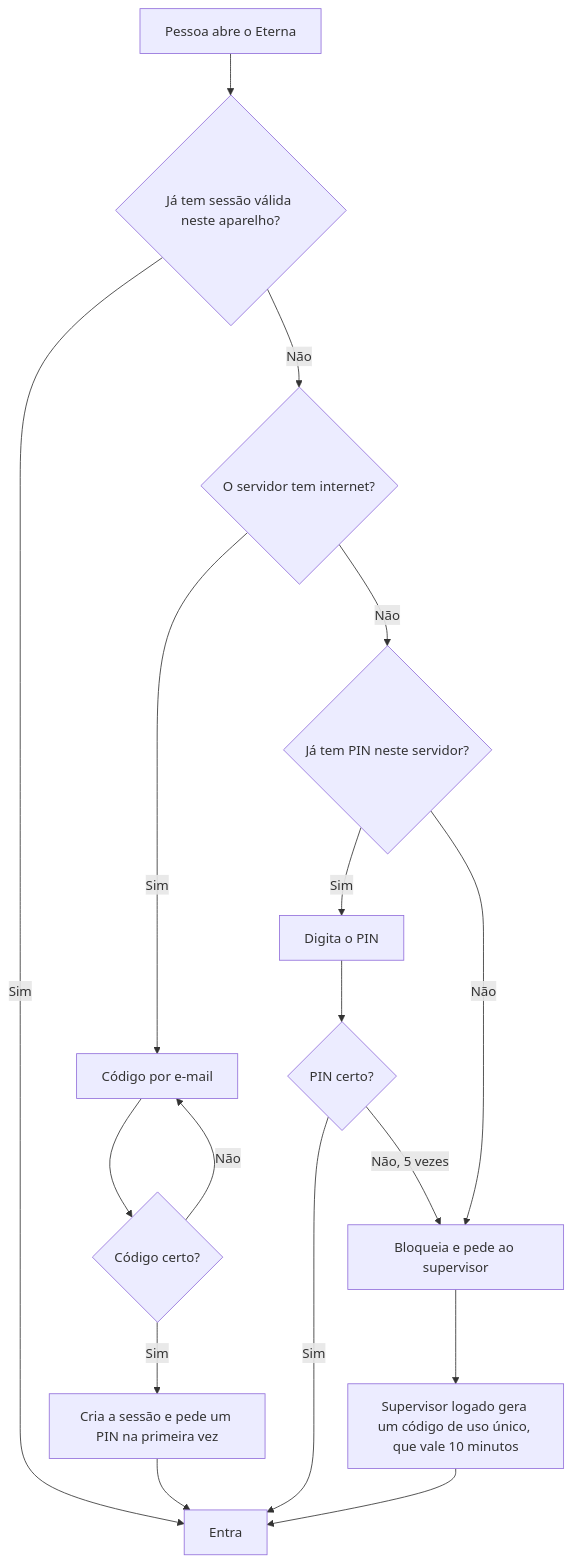
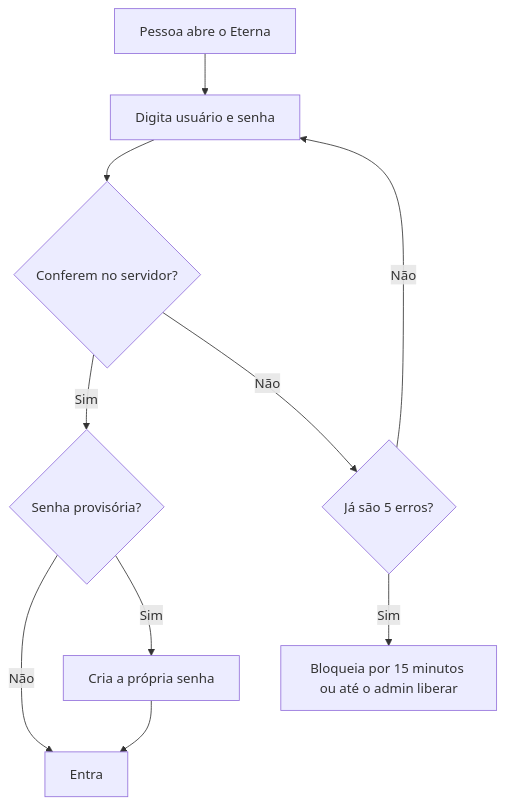
One commit to dudurezende10/eterna changed the first of 2 diagrams in docs/planos/2026-11-04-login-real-e-dominio.md. Above: the diagram before and after it, drawn with Mermaid. The commit also changed other lines of this file, not shown here.

Commit message:
Plano do login: usuário e senha no servidor, cadastro pelo admin e e-mail só para recuperação

````diff
--- a/docs/planos/2026-11-04-login-real-e-dominio.md
+++ b/docs/planos/2026-11-04-login-real-e-dominio.md
@@ -69,19 +58,12 @@
 ```mermaid
 flowchart TD
-    A["Pessoa abre o Eterna"] --> B{"Já tem sessão válida neste aparelho?"}
-    B -->|"Sim"| C["Entra"]
-    B -->|"Não"| D{"O servidor tem internet?"}
-    D -->|"Sim"| E["Código por e-mail"]
-    E --> F{"Código certo?"}
-    F -->|"Sim"| G["Cria a sessão e pede um PIN na primeira vez"]
-    F -->|"Não"| E
-    G --> C
-    D -->|"Não"| H{"Já tem PIN neste servidor?"}
-    H -->|"Sim"| I["Digita o PIN"]
-    I --> J{"PIN certo?"}
-    J -->|"Sim"| C
-    J -->|"Não, 5 vezes"| K["Bloqueia e pede ao supervisor"]
-    H -->|"Não"| K
-    K --> L["Supervisor logado gera um código de uso único, que vale 10 minutos"]
-    L --> C
+    A["Pessoa abre o Eterna"] --> B["Digita usuário e senha"]
+    B --> C{"Conferem no servidor?"}
+    C -->|"Sim"| D{"Senha provisória?"}
+    D -->|"Não"| E["Entra"]
+    D -->|"Sim"| F["Cria a própria senha"]
+    F --> E
+    C -->|"Não"| G{"Já são 5 erros?"}
+    G -->|"Não"| B
+    G -->|"Sim"| H["Bloqueia por 15 minutos ou até o admin liberar"]
 ```
````
